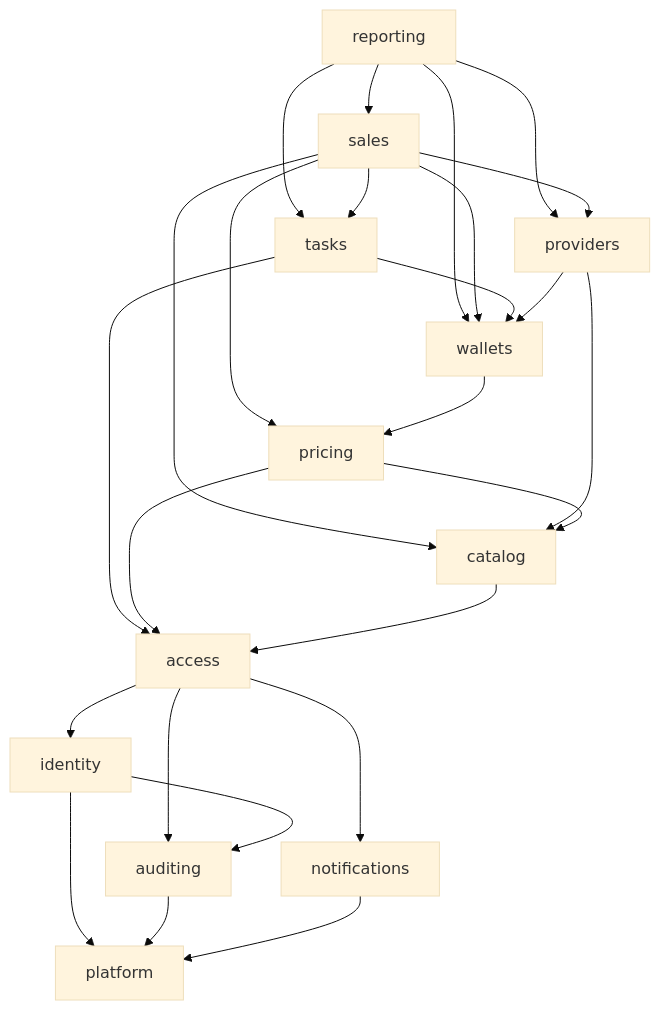
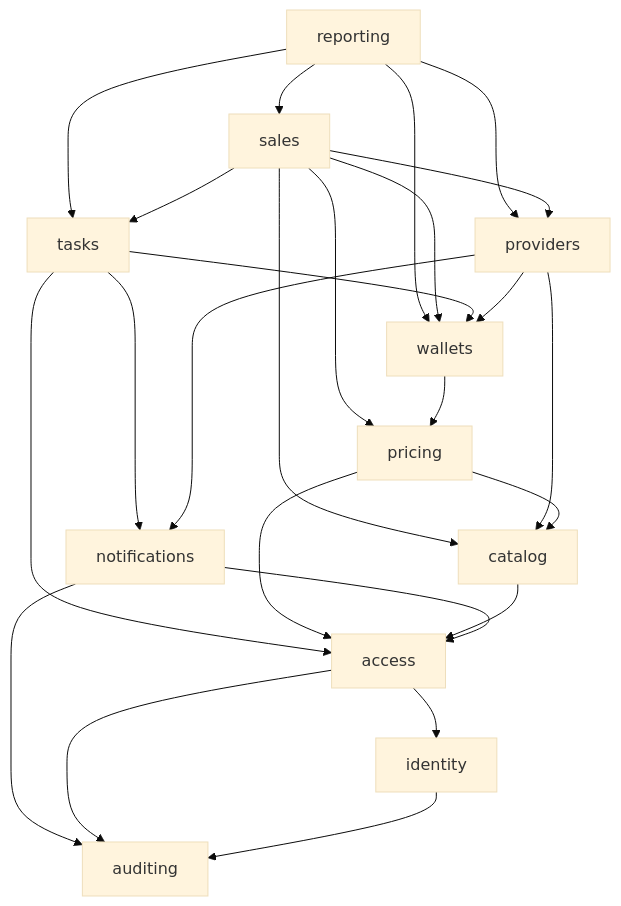
One commit to nobodycp/smilesim-tel changed the diagram in docs/architecture/2026-11-13-backend-audit-and-office-refactor-plan.md. Above: the diagram before and after it, drawn with Mermaid (base theme). The commit also changed other lines of this file and 12 other files, not shown here.

````diff
--- a/docs/architecture/2026-11-13-backend-audit-and-office-refactor-plan.md
+++ b/docs/architecture/2026-11-13-backend-audit-and-office-refactor-plan.md
@@ -246,27 +253,27 @@
 ```mermaid
 graph TD
   reporting --> sales
+  reporting --> tasks
+  reporting --> providers
   reporting --> wallets
-  reporting --> providers
-  reporting --> tasks
   sales --> tasks
   sales --> providers
   sales --> pricing
   sales --> wallets
   sales --> catalog
   tasks --> wallets
+  tasks --> notifications
   tasks --> access
   providers --> wallets
   providers --> catalog
+  providers --> notifications
   wallets --> pricing
   pricing --> catalog
   pricing --> access
   catalog --> access
+  notifications --> access
+  notifications --> auditing
   access --> identity
-  access --> notifications
   access --> auditing
   identity --> auditing
-  identity --> platform
-  auditing --> platform
-  notifications --> platform
 ```
````
